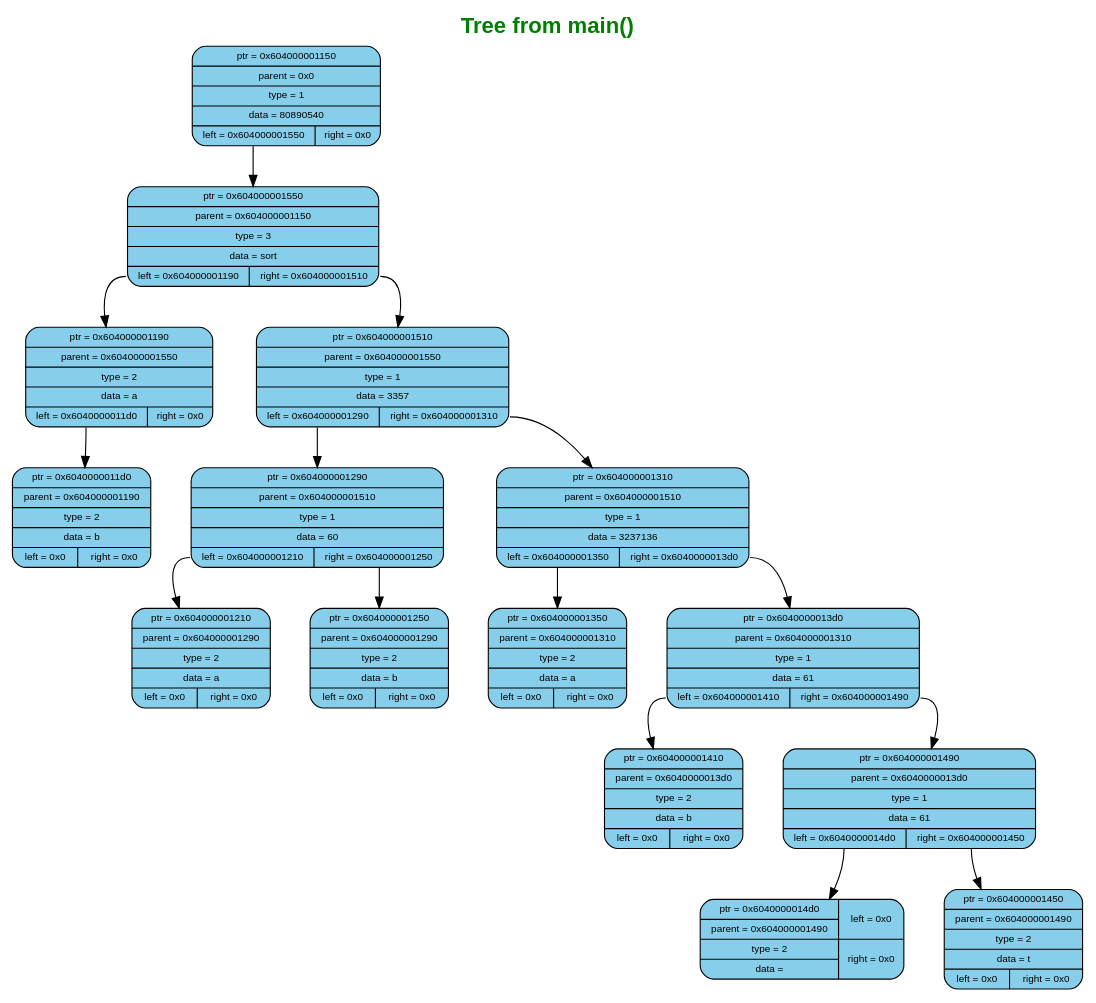
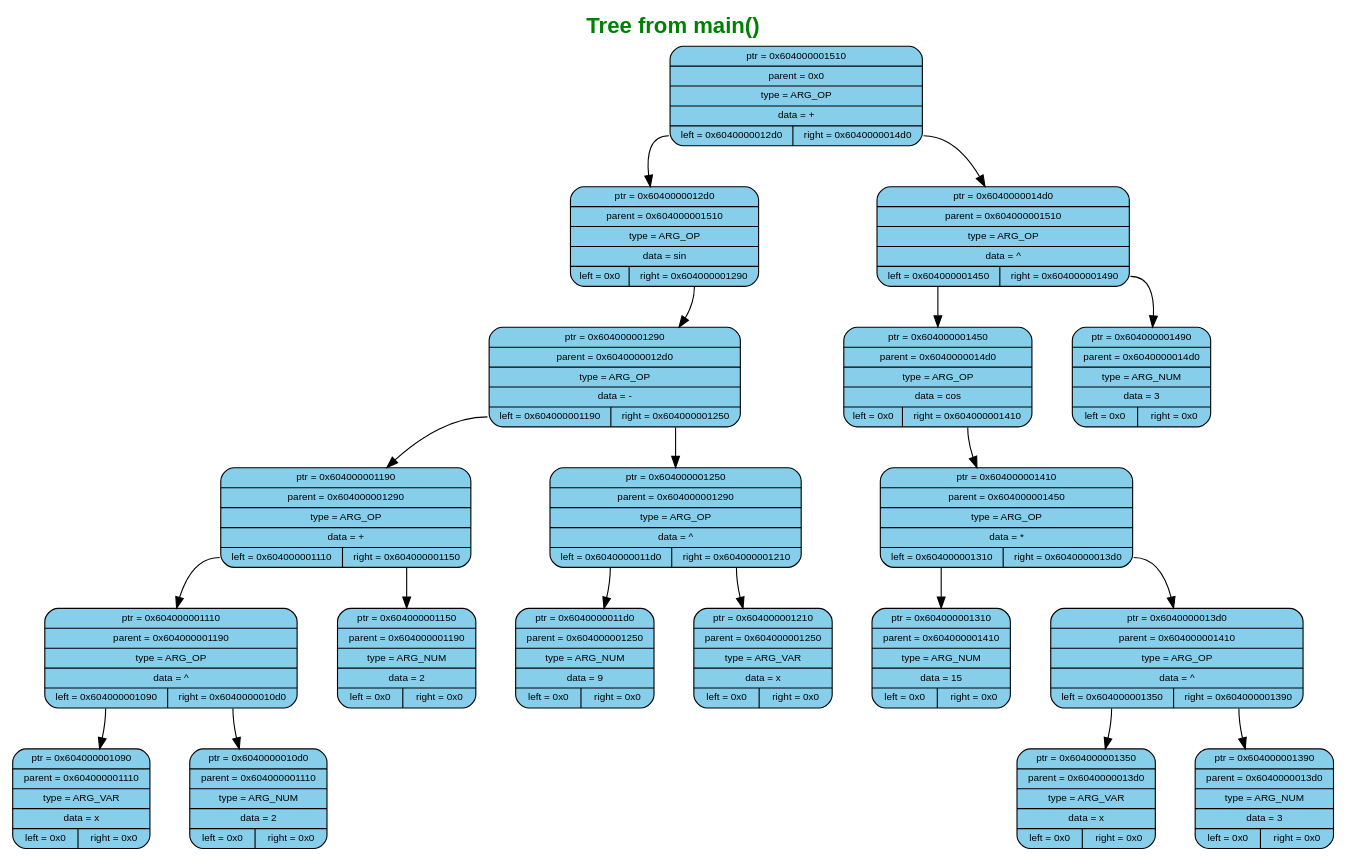
The diagram in reports/trees/tree0/tree.dot (murugov/WolframSigma), drawn with Graphviz before and after one commit. The commit also changed 44 other files, not shown here.

```diff
--- a/reports/trees/tree0/tree.dot
+++ b/reports/trees/tree0/tree.dot
@@ -1,43 +1,51 @@
 digraph G {
 	label=<<B>Tree from main()</B>>;
 	fontcolor="#008000";
 	fontname="Arial";
 	labelloc="top";
 	labeljust="center";
 	fontsize=20;
 	rankdir=TB;
 	center=true;
 	nodesep=0.5;
 	ranksep=0.5;
 	node[fontsize=9, shape=box, width=0.7, height=0.4, style="filled, rounded", fontname="Arial"];
 
-	n0 [shape=record, label="{ptr = 0x604000001150 | parent = 0x0 | type = 1 | data = 80890540 | {<left> left = 0x604000001550 | <right> right = 0x0}}", fillcolor="#87CEEB", color="black"]
-	n1 [shape=record, label="{ptr = 0x604000001550 | parent = 0x604000001150 | type = 3 | data = sort | {<left> left = 0x604000001190 | <right> right = 0x604000001510}}", fillcolor="#87CEEB", color="black"]
+	n0 [shape=record, label="{ptr = 0x604000001510 | parent = 0x0 | type = ARG_OP | data = + | {<left> left = 0x6040000012d0 | <right> right = 0x6040000014d0}}", fillcolor="#87CEEB", color="black"]
+	n1 [shape=record, label="{ptr = 0x6040000012d0 | parent = 0x604000001510 | type = ARG_OP | data = sin | {<left> left = 0x0 | <right> right = 0x604000001290}}", fillcolor="#87CEEB", color="black"]
 	n0:left -> n1
-	n2 [shape=record, label="{ptr = 0x604000001190 | parent = 0x604000001550 | type = 2 | data = a | {<left> left = 0x6040000011d0 | <right> right = 0x0}}", fillcolor="#87CEEB", color="black"]
-	n1:left -> n2
-	n3 [shape=record, label="{ptr = 0x604000001510 | parent = 0x604000001550 | type = 1 | data = 3357 | {<left> left = 0x604000001290 | <right> right = 0x604000001310}}", fillcolor="#87CEEB", color="black"]
-	n1:right -> n3
-	n4 [shape=record, label="{ptr = 0x604000001290 | parent = 0x604000001510 | type = 1 | data = 60 | {<left> left = 0x604000001210 | <right> right = 0x604000001250}}", fillcolor="#87CEEB", color="black"]
-	n3:left -> n4
-	n5 [shape=record, label="{ptr = 0x604000001310 | parent = 0x604000001510 | type = 1 | data = 3237136 | {<left> left = 0x604000001350 | <right> right = 0x6040000013d0}}", fillcolor="#87CEEB", color="black"]
+	n2 [shape=record, label="{ptr = 0x6040000014d0 | parent = 0x604000001510 | type = ARG_OP | data = ^ | {<left> left = 0x604000001450 | <right> right = 0x604000001490}}", fillcolor="#87CEEB", color="black"]
+	n0:right -> n2
+	n3 [shape=record, label="{ptr = 0x604000001450 | parent = 0x6040000014d0 | type = ARG_OP | data = cos | {<left> left = 0x0 | <right> right = 0x604000001410}}", fillcolor="#87CEEB", color="black"]
+	n2:left -> n3
+	n4 [shape=record, label="{ptr = 0x604000001490 | parent = 0x6040000014d0 | type = ARG_NUM | data = 3 | {<left> left = 0x0 | <right> right = 0x0}}", fillcolor="#87CEEB", color="black"]
+	n2:right -> n4
+	n5 [shape=record, label="{ptr = 0x604000001410 | parent = 0x604000001450 | type = ARG_OP | data = * | {<left> left = 0x604000001310 | <right> right = 0x6040000013d0}}", fillcolor="#87CEEB", color="black"]
 	n3:right -> n5
-	n6 [shape=record, label="{ptr = 0x604000001350 | parent = 0x604000001310 | type = 2 | data = a | {<left> left = 0x0 | <right> right = 0x0}}", fillcolor="#87CEEB", color="black"]
+	n6 [shape=record, label="{ptr = 0x604000001310 | parent = 0x604000001410 | type = ARG_NUM | data = 15 | {<left> left = 0x0 | <right> right = 0x0}}", fillcolor="#87CEEB", color="black"]
 	n5:left -> n6
-	n7 [shape=record, label="{ptr = 0x6040000013d0 | parent = 0x604000001310 | type = 1 | data = 61 | {<left> left = 0x604000001410 | <right> right = 0x604000001490}}", fillcolor="#87CEEB", color="black"]
+	n7 [shape=record, label="{ptr = 0x6040000013d0 | parent = 0x604000001410 | type = ARG_OP | data = ^ | {<left> left = 0x604000001350 | <right> right = 0x604000001390}}", fillcolor="#87CEEB", color="black"]
 	n5:right -> n7
-	n8 [shape=record, label="{ptr = 0x604000001410 | parent = 0x6040000013d0 | type = 2 | data = b | {<left> left = 0x0 | <right> right = 0x0}}", fillcolor="#87CEEB", color="black"]
+	n8 [shape=record, label="{ptr = 0x604000001350 | parent = 0x6040000013d0 | type = ARG_VAR | data = x | {<left> left = 0x0 | <right> right = 0x0}}", fillcolor="#87CEEB", color="black"]
 	n7:left -> n8
-	n9 [shape=record, label="{ptr = 0x604000001490 | parent = 0x6040000013d0 | type = 1 | data = 61 | {<left> left = 0x6040000014d0 | <right> right = 0x604000001450}}", fillcolor="#87CEEB", color="black"]
+	n9 [shape=record, label="{ptr = 0x604000001390 | parent = 0x6040000013d0 | type = ARG_NUM | data = 3 | {<left> left = 0x0 | <right> right = 0x0}}", fillcolor="#87CEEB", color="black"]
 	n7:right -> n9
-	n10 [shape=record, label="{ptr = 0x6040000014d0 | parent = 0x604000001490 | type = 2 | data = } | {<left> left = 0x0 | <right> right = 0x0}}", fillcolor="#87CEEB", color="black"]
-	n9:left -> n10
-	n11 [shape=record, label="{ptr = 0x604000001450 | parent = 0x604000001490 | type = 2 | data = t | {<left> left = 0x0 | <right> right = 0x0}}", fillcolor="#87CEEB", color="black"]
-	n9:right -> n11
-	n12 [shape=record, label="{ptr = 0x604000001210 | parent = 0x604000001290 | type = 2 | data = a | {<left> left = 0x0 | <right> right = 0x0}}", fillcolor="#87CEEB", color="black"]
-	n4:left -> n12
-	n13 [shape=record, label="{ptr = 0x604000001250 | parent = 0x604000001290 | type = 2 | data = b | {<left> left = 0x0 | <right> right = 0x0}}", fillcolor="#87CEEB", color="black"]
-	n4:right -> n13
-	n14 [shape=record, label="{ptr = 0x6040000011d0 | parent = 0x604000001190 | type = 2 | data = b | {<left> left = 0x0 | <right> right = 0x0}}", fillcolor="#87CEEB", color="black"]
-	n2:left -> n14
+	n10 [shape=record, label="{ptr = 0x604000001290 | parent = 0x6040000012d0 | type = ARG_OP | data = - | {<left> left = 0x604000001190 | <right> right = 0x604000001250}}", fillcolor="#87CEEB", color="black"]
+	n1:right -> n10
+	n11 [shape=record, label="{ptr = 0x604000001190 | parent = 0x604000001290 | type = ARG_OP | data = + | {<left> left = 0x604000001110 | <right> right = 0x604000001150}}", fillcolor="#87CEEB", color="black"]
+	n10:left -> n11
+	n12 [shape=record, label="{ptr = 0x604000001250 | parent = 0x604000001290 | type = ARG_OP | data = ^ | {<left> left = 0x6040000011d0 | <right> right = 0x604000001210}}", fillcolor="#87CEEB", color="black"]
+	n10:right -> n12
+	n13 [shape=record, label="{ptr = 0x6040000011d0 | parent = 0x604000001250 | type = ARG_NUM | data = 9 | {<left> left = 0x0 | <right> right = 0x0}}", fillcolor="#87CEEB", color="black"]
+	n12:left -> n13
+	n14 [shape=record, label="{ptr = 0x604000001210 | parent = 0x604000001250 | type = ARG_VAR | data = x | {<left> left = 0x0 | <right> right = 0x0}}", fillcolor="#87CEEB", color="black"]
+	n12:right -> n14
+	n15 [shape=record, label="{ptr = 0x604000001110 | parent = 0x604000001190 | type = ARG_OP | data = ^ | {<left> left = 0x604000001090 | <right> right = 0x6040000010d0}}", fillcolor="#87CEEB", color="black"]
+	n11:left -> n15
+	n16 [shape=record, label="{ptr = 0x604000001150 | parent = 0x604000001190 | type = ARG_NUM | data = 2 | {<left> left = 0x0 | <right> right = 0x0}}", fillcolor="#87CEEB", color="black"]
+	n11:right -> n16
+	n17 [shape=record, label="{ptr = 0x604000001090 | parent = 0x604000001110 | type = ARG_VAR | data = x | {<left> left = 0x0 | <right> right = 0x0}}", fillcolor="#87CEEB", color="black"]
+	n15:left -> n17
+	n18 [shape=record, label="{ptr = 0x6040000010d0 | parent = 0x604000001110 | type = ARG_NUM | data = 2 | {<left> left = 0x0 | <right> right = 0x0}}", fillcolor="#87CEEB", color="black"]
+	n15:right -> n18
 }
```
